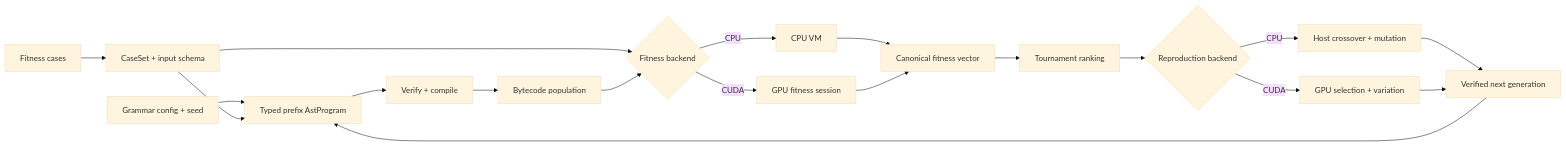
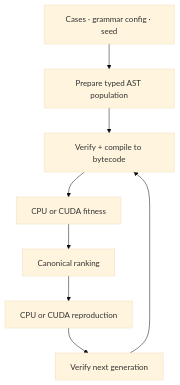
The diagram in README.md (hschi1106/g3p-vm-gpu), drawn with Mermaid (base theme) before and after one commit.

Commit message:
update readme diagram

````diff
--- a/README.md
+++ b/README.md
@@ -95,21 +95,11 @@
 ```mermaid
-flowchart LR
-    A[Fitness cases] --> B[CaseSet + input schema]
-    C[Grammar config + seed] --> D[Typed prefix AstProgram]
-    B --> D
-    D --> E[Verify + compile]
-    E --> F[Bytecode population]
-    B --> G{Fitness backend}
-    F --> G
-    G -->|CPU| H[CPU VM]
-    G -->|CUDA| I[GPU fitness session]
-    H --> J[Canonical fitness vector]
-    I --> J
-    J --> K[Tournament ranking]
-    K --> L{Reproduction backend}
-    L -->|CPU| M[Host crossover + mutation]
-    L -->|CUDA| N[GPU selection + variation]
-    M --> O[Verified next generation]
-    N --> O
-    O --> D
+flowchart TB
+    A[Cases · grammar config · seed]
+    A --> B[Prepare typed AST population]
+    B --> C[Verify + compile to bytecode]
+    C --> D[CPU or CUDA fitness]
+    D --> E[Canonical ranking]
+    E --> F[CPU or CUDA reproduction]
+    F --> G[Verify next generation]
+    G --> C
 ```
````
